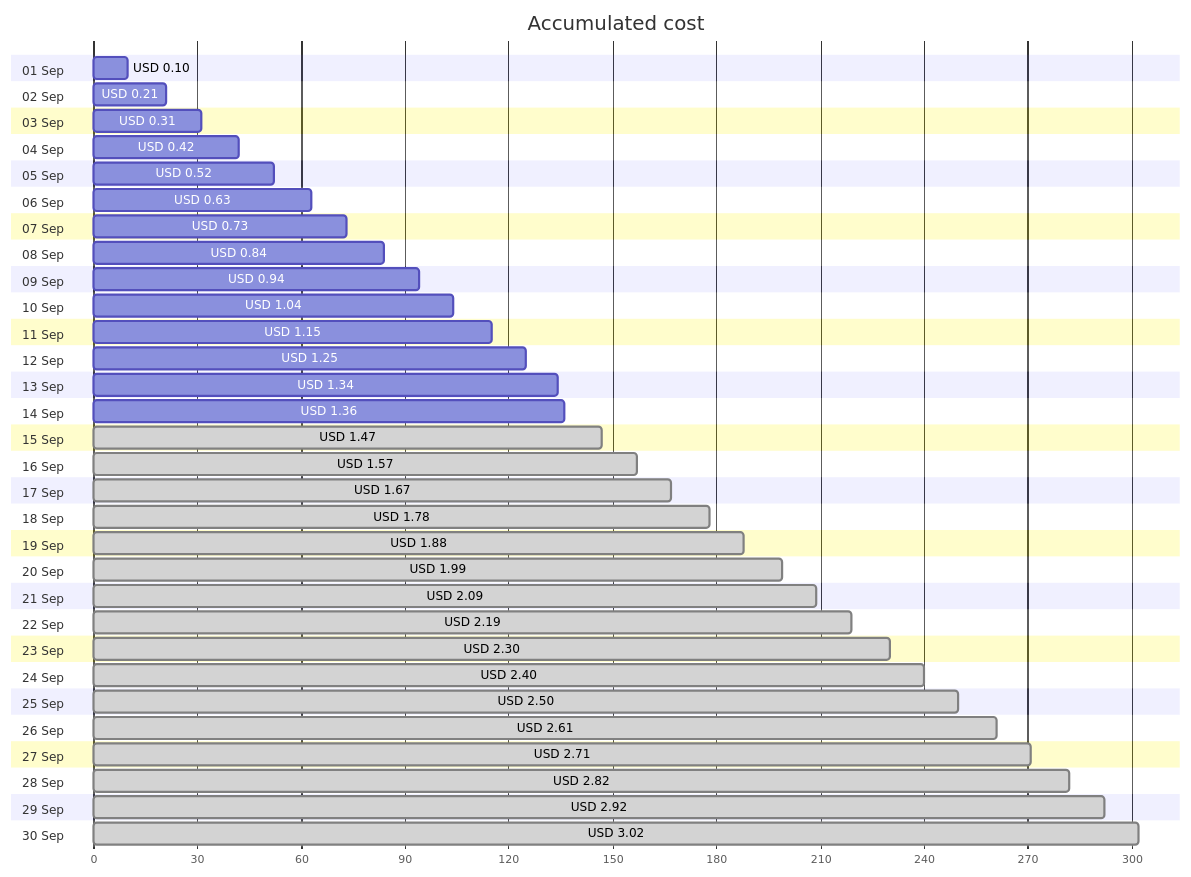
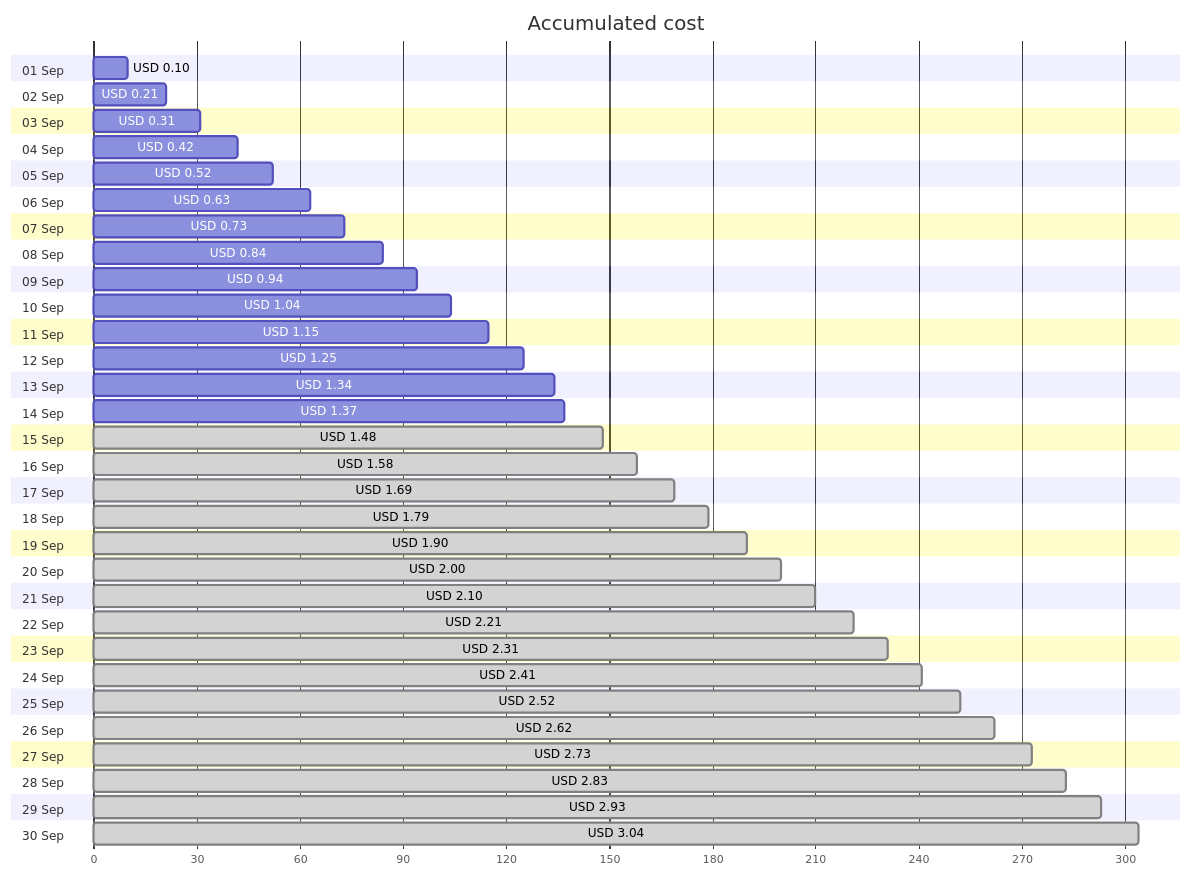
The first of 4 diagrams in cost-reports/personal-network/ubuntu-backup-server-spot_OsDisk_1_82ad58ea1b864609a678571faedee9b3.md (jpfulton/azure-personal-reports), drawn with Mermaid before and after one commit. The commit also changed other lines of this file and 34 other files, not shown here.

````diff
--- a/cost-reports/personal-network/ubuntu-backup-server-spot_OsDisk_1_82ad58ea1b864609a678571faedee9b3.md
+++ b/cost-reports/personal-network/ubuntu-backup-server-spot_OsDisk_1_82ad58ea1b864609a678571faedee9b3.md
@@ -20,66 +20,66 @@
 ```mermaid
 gantt
    title Accumulated cost
    dateFormat  X
    axisFormat %s
    section 01 Sep
    USD 0.10 :0, 10
    section 02 Sep
    USD 0.21 :0, 21
    section 03 Sep
    USD 0.31 :0, 31
    section 04 Sep
    USD 0.42 :0, 42
    section 05 Sep
    USD 0.52 :0, 52
    section 06 Sep
    USD 0.63 :0, 63
    section 07 Sep
    USD 0.73 :0, 73
    section 08 Sep
    USD 0.84 :0, 84
    section 09 Sep
    USD 0.94 :0, 94
    section 10 Sep
    USD 1.04 :0, 104
    section 11 Sep
    USD 1.15 :0, 115
    section 12 Sep
    USD 1.25 :0, 125
    section 13 Sep
    USD 1.34 :0, 134
    section 14 Sep
-   USD 1.36 :0, 136
+   USD 1.37 :0, 137
    section 15 Sep
-   USD 1.47 : done, 0, 147
+   USD 1.48 : done, 0, 148
    section 16 Sep
-   USD 1.57 : done, 0, 157
+   USD 1.58 : done, 0, 158
    section 17 Sep
-   USD 1.67 : done, 0, 167
+   USD 1.69 : done, 0, 169
    section 18 Sep
-   USD 1.78 : done, 0, 178
+   USD 1.79 : done, 0, 179
    section 19 Sep
-   USD 1.88 : done, 0, 188
+   USD 1.90 : done, 0, 190
    section 20 Sep
-   USD 1.99 : done, 0, 199
+   USD 2.00 : done, 0, 200
    section 21 Sep
-   USD 2.09 : done, 0, 209
+   USD 2.10 : done, 0, 210
    section 22 Sep
-   USD 2.19 : done, 0, 219
+   USD 2.21 : done, 0, 221
    section 23 Sep
-   USD 2.30 : done, 0, 230
+   USD 2.31 : done, 0, 231
    section 24 Sep
-   USD 2.40 : done, 0, 240
+   USD 2.41 : done, 0, 241
    section 25 Sep
-   USD 2.50 : done, 0, 250
+   USD 2.52 : done, 0, 252
    section 26 Sep
-   USD 2.61 : done, 0, 261
+   USD 2.62 : done, 0, 262
    section 27 Sep
-   USD 2.71 : done, 0, 271
+   USD 2.73 : done, 0, 273
    section 28 Sep
-   USD 2.82 : done, 0, 282
+   USD 2.83 : done, 0, 283
    section 29 Sep
-   USD 2.92 : done, 0, 292
+   USD 2.93 : done, 0, 293
    section 30 Sep
-   USD 3.02 : done, 0, 302
+   USD 3.04 : done, 0, 304
 ```
````
